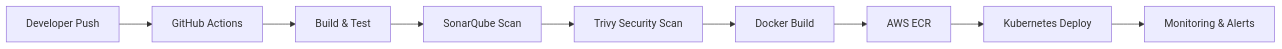
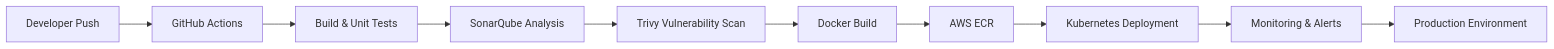
One commit to omkarbhete/omkarbhete changed the diagram in README.md. Above: the diagram before and after it, drawn with Mermaid. The commit also changed other lines of this file, not shown here.

````diff
--- a/README.md
+++ b/README.md
@@ -163,11 +168,21 @@
 ```mermaid
 flowchart LR
-    A[Developer Push] --> B[GitHub Actions]
-    B --> C[Build & Test]
-    C --> D[SonarQube Scan]
-    D --> E[Trivy Security Scan]
-    E --> F[Docker Build]
-    F --> G[AWS ECR]
-    G --> H[Kubernetes Deploy]
-    H --> I[Monitoring & Alerts]
+
+A[Developer Push] --> B[GitHub Actions]
+
+B --> C[Build & Unit Tests]
+
+C --> D[SonarQube Analysis]
+
+D --> E[Trivy Vulnerability Scan]
+
+E --> F[Docker Build]
+
+F --> G[AWS ECR]
+
+G --> H[Kubernetes Deployment]
+
+H --> I[Monitoring & Alerts]
+
+I --> J[Production Environment]
 ```
````
